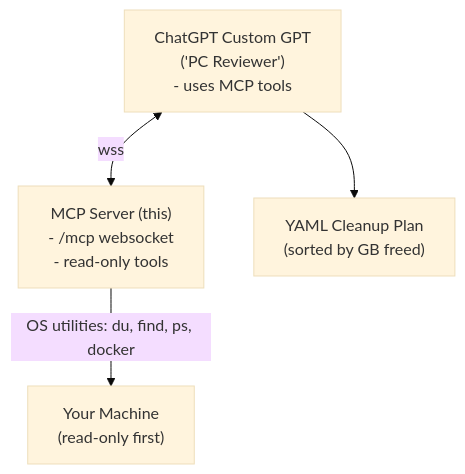
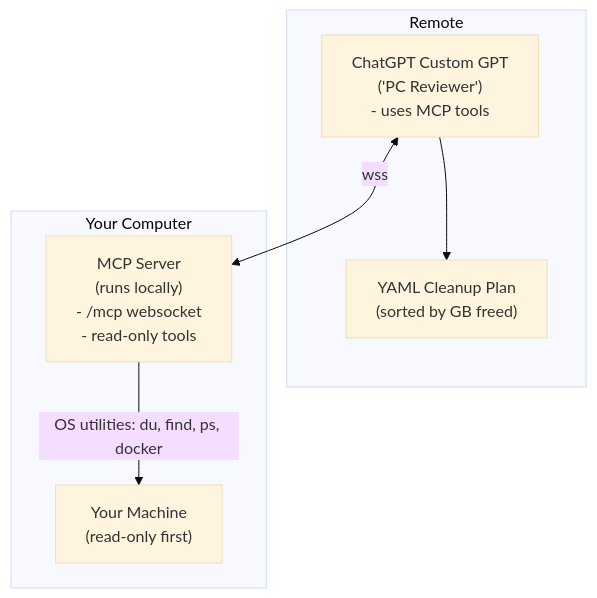
One commit to estbndlt/pc-reviewer changed the diagram in README.md. Above: the diagram before and after it, drawn with Mermaid (base theme).

Commit message:
Clarify local MCP server in architecture diagram (#9)

````diff
--- a/README.md
+++ b/README.md
@@ -37,6 +37,13 @@
 ```mermaid
 flowchart TD
-    A["ChatGPT Custom GPT<br/>('PC Reviewer')<br/>- uses MCP tools"] <--> |wss| B["MCP Server (this)<br/>- /mcp websocket<br/>- read-only tools"]
-    A --> C["YAML Cleanup Plan<br/>(sorted by GB freed)"]
-    B --> |"OS utilities: du, find, ps, docker"| D["Your Machine<br/>(read-only first)"]
+    subgraph Remote
+        A["ChatGPT Custom GPT<br/>('PC Reviewer')<br/>- uses MCP tools"]
+        A --> C["YAML Cleanup Plan<br/>(sorted by GB freed)"]
+    end
+    subgraph Local["Your Computer"]
+        B["MCP Server<br/>(runs locally)<br/>- /mcp websocket<br/>- read-only tools"]
+        D["Your Machine<br/>(read-only first)"]
+    end
+    A <--> |wss| B
+    B --> |"OS utilities: du, find, ps, docker"| D
 ```
````
